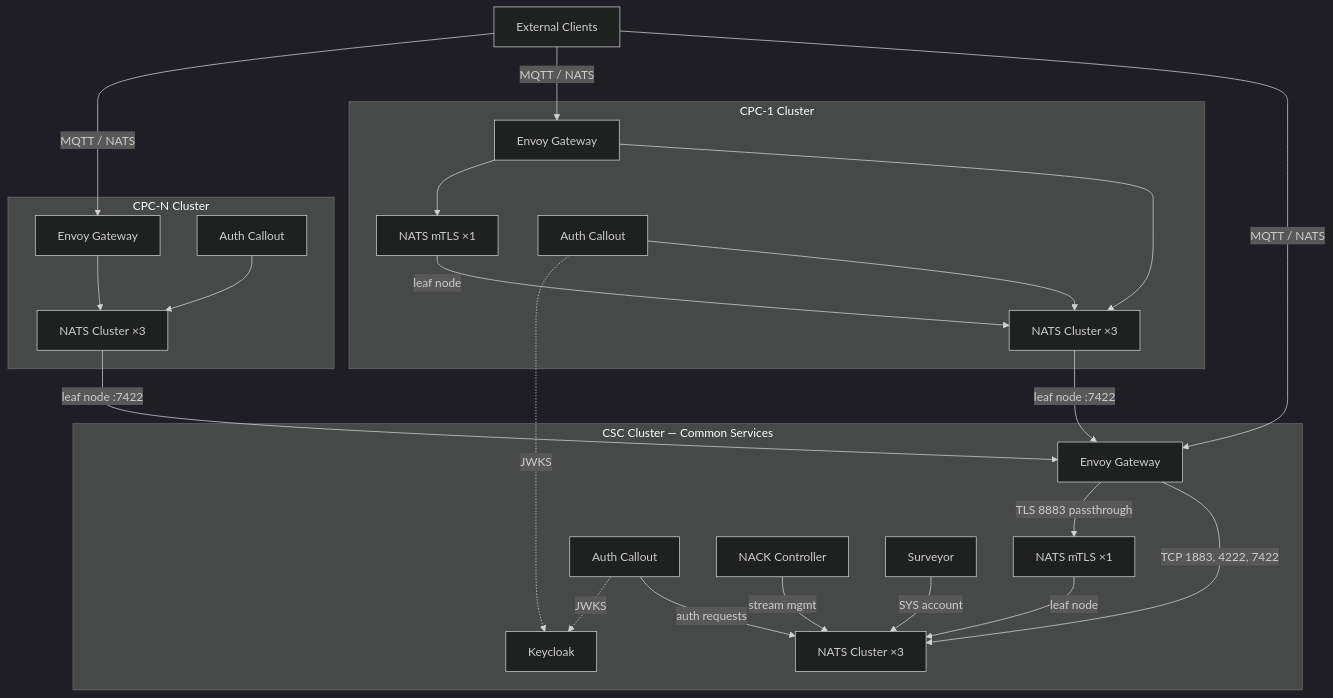
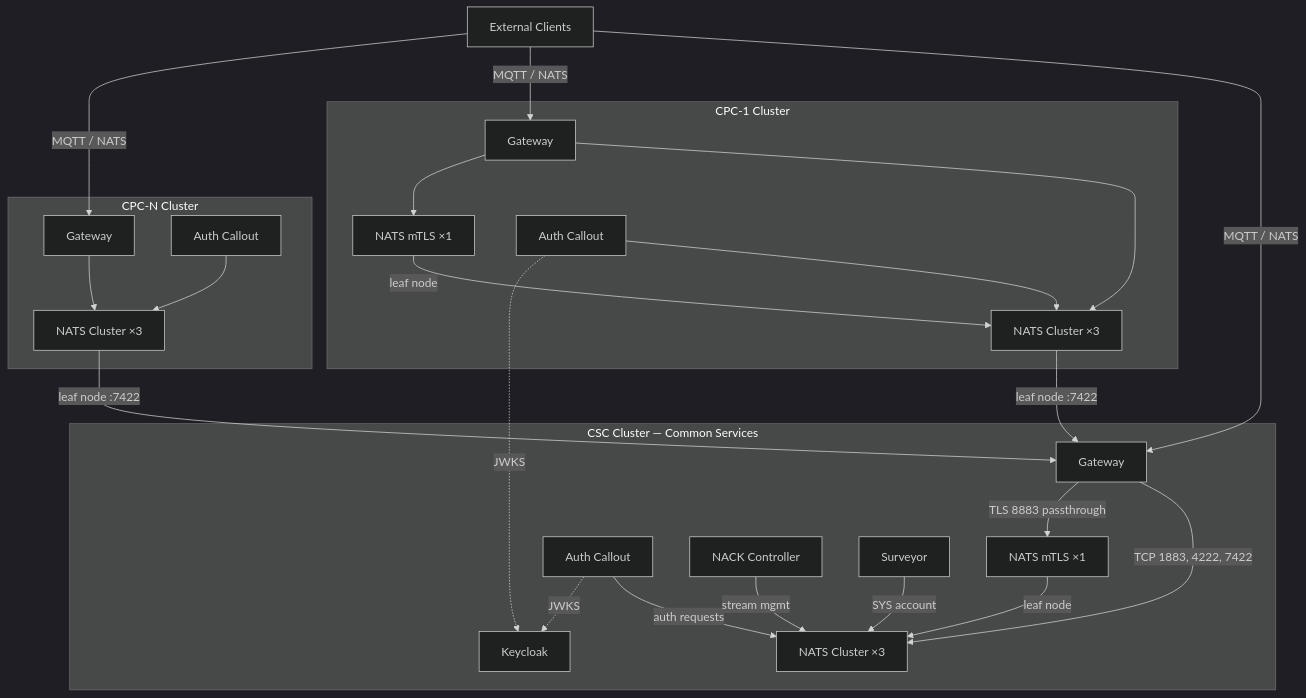
Before and after one commit to NVIDIA/dsx-exchange: the diagram in docs/architecture.md, drawn with Mermaid (dark theme). The commit also changed other lines of this file and 15 other files, not shown here.

Commit message:
feat(docs): add Fern CI workflows, review fixes, and schema generator

````diff
--- a/docs/architecture.md
+++ b/docs/architecture.md
@@ -41,50 +40,50 @@
 ```mermaid
 flowchart TB
     subgraph CSC[CSC Cluster — Common Services]
-        CSC_GW[Envoy Gateway]
+        CSC_GW[Gateway]
         CSC_NATS[NATS Cluster ×3]
         CSC_MTLS[NATS mTLS ×1]
         CSC_AUTH[Auth Callout]
         CSC_NACK[NACK Controller]
         CSC_SURV[Surveyor]
         KC[Keycloak]
 
         CSC_GW -->|TCP 1883, 4222, 7422| CSC_NATS
         CSC_GW -->|TLS 8883 passthrough| CSC_MTLS
         CSC_AUTH -->|auth requests| CSC_NATS
         CSC_MTLS -->|leaf node| CSC_NATS
         CSC_NACK -->|stream mgmt| CSC_NATS
         CSC_SURV -->|SYS account| CSC_NATS
     end
 
     subgraph CPC1[CPC-1 Cluster]
-        CPC1_GW[Envoy Gateway]
+        CPC1_GW[Gateway]
         CPC1_NATS[NATS Cluster ×3]
         CPC1_MTLS[NATS mTLS ×1]
         CPC1_AUTH[Auth Callout]
 
         CPC1_GW --> CPC1_NATS
         CPC1_GW --> CPC1_MTLS
         CPC1_AUTH --> CPC1_NATS
         CPC1_MTLS -->|leaf node| CPC1_NATS
     end
 
     subgraph CPCN[CPC-N Cluster]
-        CPCN_GW[Envoy Gateway]
+        CPCN_GW[Gateway]
         CPCN_NATS[NATS Cluster ×3]
         CPCN_AUTH[Auth Callout]
 
         CPCN_GW --> CPCN_NATS
         CPCN_AUTH --> CPCN_NATS
     end
 
     ExtClient[External Clients] -->|MQTT / NATS| CSC_GW
     ExtClient -->|MQTT / NATS| CPC1_GW
     ExtClient -->|MQTT / NATS| CPCN_GW
 
     CPC1_NATS -->|leaf node :7422| CSC_GW
     CPCN_NATS -->|leaf node :7422| CSC_GW
 
     CSC_AUTH -.->|JWKS| KC
     CPC1_AUTH -.->|JWKS| KC
 ```
````
